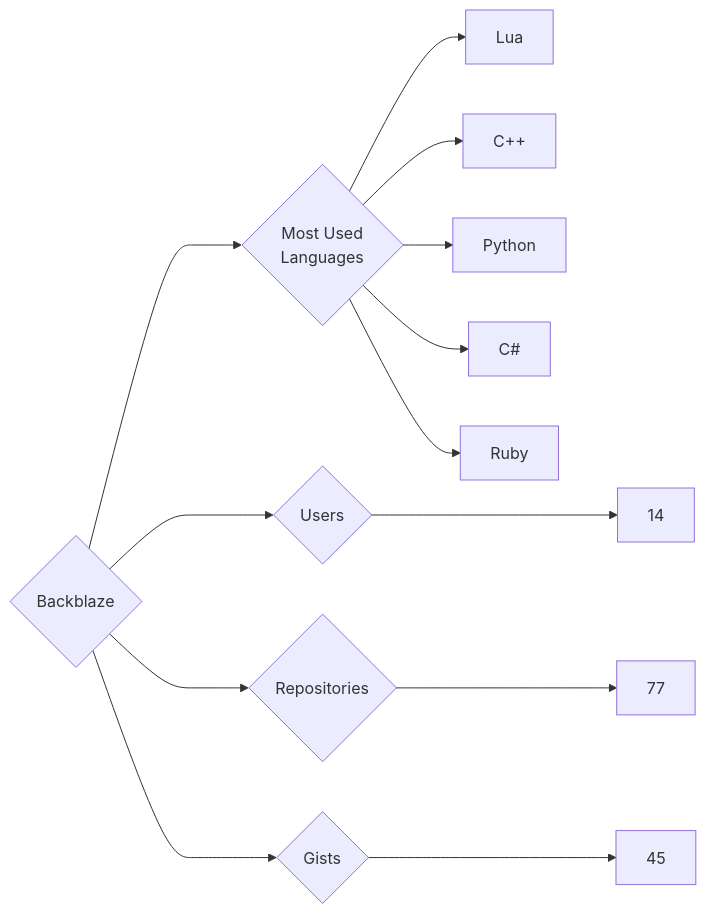
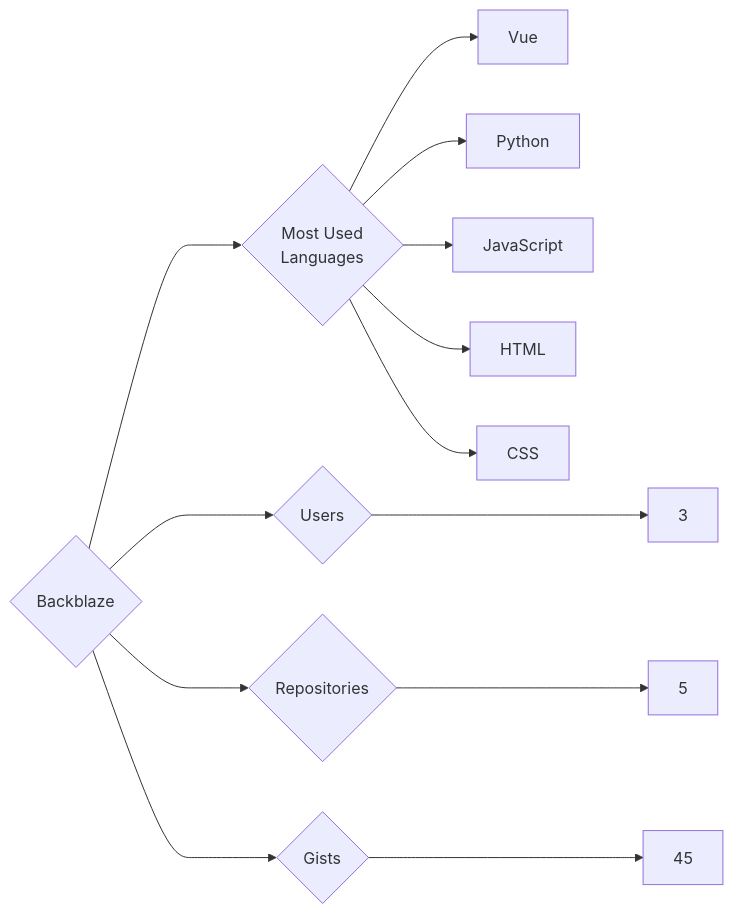
One commit to trickest/insiders changed the diagram in targets/Backblaze/README.md. Above: the diagram before and after it, drawn with Mermaid. The commit also changed 857 other files, not shown here.

````diff
--- a/targets/Backblaze/README.md
+++ b/targets/Backblaze/README.md
@@ -3,13 +3,13 @@
 ```mermaid
 graph LR
 COMPANY_NAME{Backblaze}
-COMPANY_NAME ---> U{Users} ---> UN[14]
-COMPANY_NAME ---> R{Repositories} ---> RN[77]
+COMPANY_NAME ---> U{Users} ---> UN[3]
+COMPANY_NAME ---> R{Repositories} ---> RN[5]
 COMPANY_NAME ---> G{Gists} ---> GN[45]
 COMPANY_NAME ---> ML{Most Used<br>Languages}
-ML --> Lua[Lua]
-ML --> C++[C++]
+ML --> Vue[Vue]
 ML --> Python[Python]
-ML --> C#[C#]
-ML --> Ruby[Ruby]
+ML --> JavaScript[JavaScript]
+ML --> HTML[HTML]
+ML --> CSS[CSS]
 ```
````
